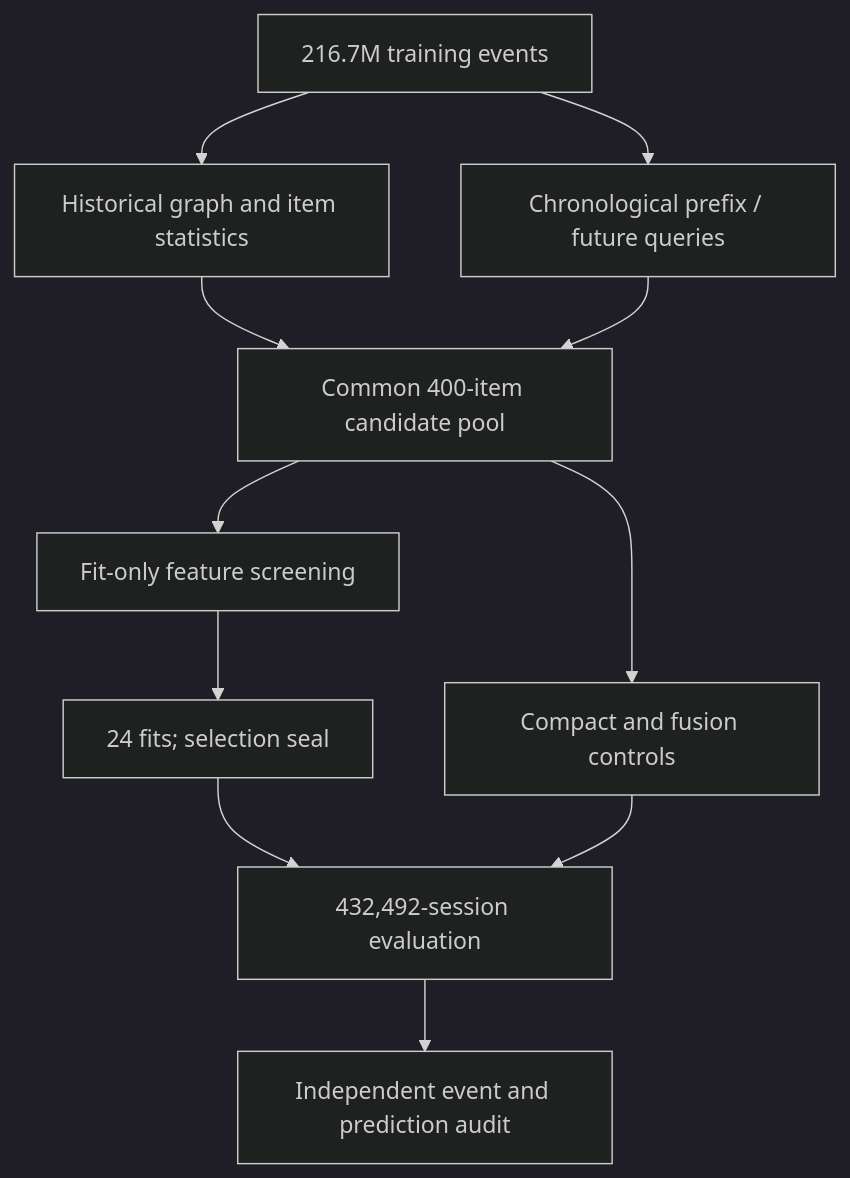
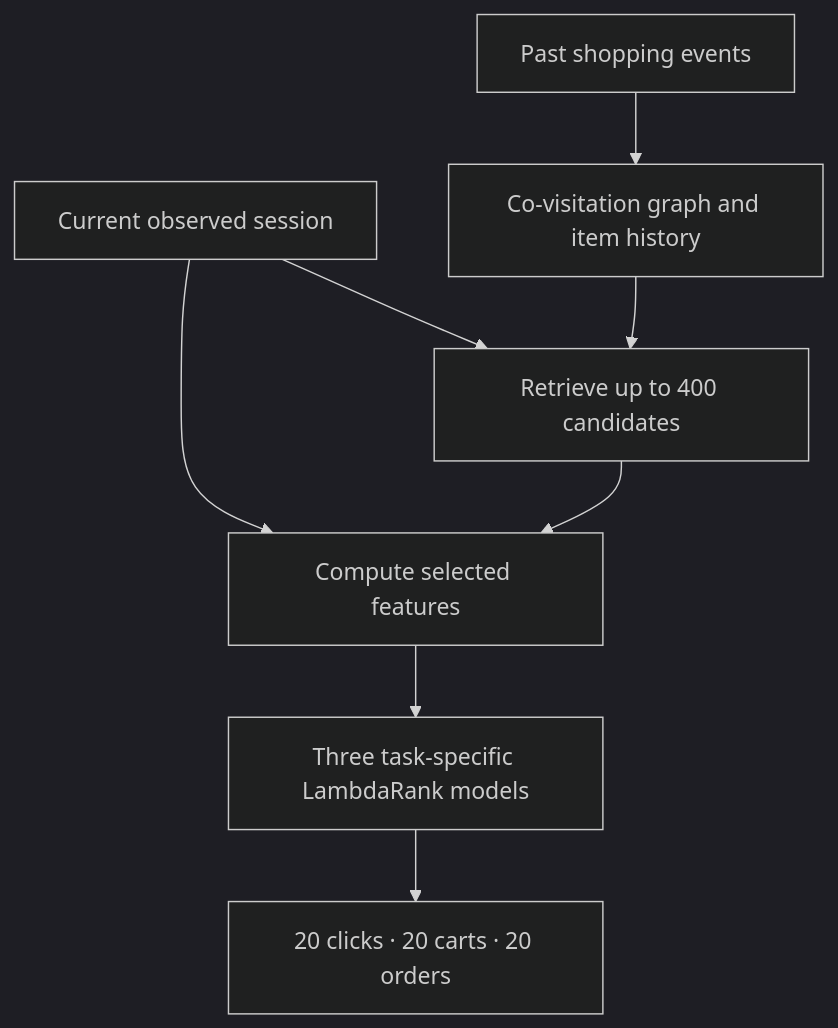
The diagram in README.md (alvaromendizabal/otto-recommender-system), drawn with Mermaid (dark theme) before and after one commit. The commit also changed other lines of this file and 5 other files, not shown here.

````diff
--- a/README.md
+++ b/README.md
@@ -93,13 +56,10 @@
 ```mermaid
 flowchart TD
-    E["216.7M training events"] --> H["Historical graph and item statistics"]
-    E --> Q["Chronological prefix / future queries"]
-    H --> C["Common 400-item candidate pool"]
-    Q --> C
-    C --> F["Fit-only feature screening"]
-    C --> B["Compact and fusion controls"]
-    F --> S["24 fits; selection seal"]
-    S --> V["432,492-session evaluation"]
-    B --> V
-    V --> A["Independent event and prediction audit"]
+    H["Past shopping events"] --> G["Co-visitation graph and item history"]
+    P["Current observed session"] --> C["Retrieve up to 400 candidates"]
+    G --> C
+    P --> F["Compute selected features"]
+    C --> F
+    F --> R["Three task-specific LambdaRank models"]
+    R --> K["20 clicks · 20 carts · 20 orders"]
 ```
````
